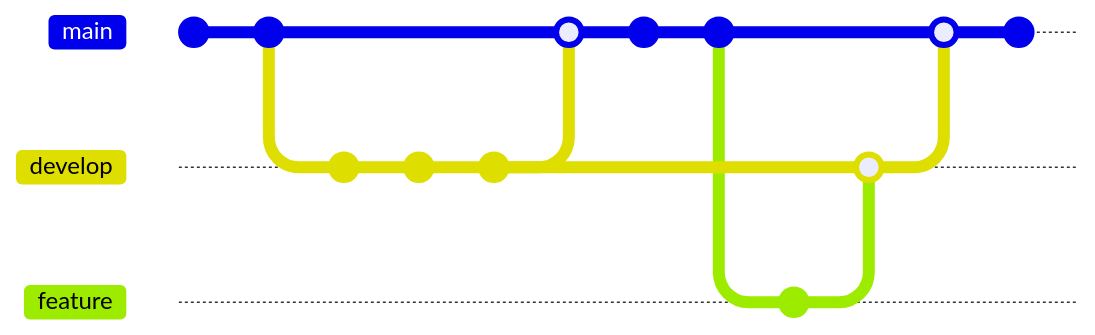
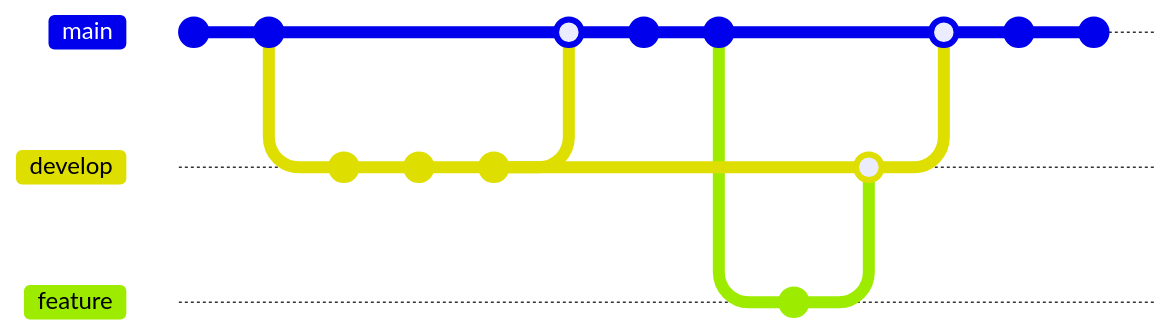
One commit to Panyapron/git-demo changed the diagram in GIT.md. Above: the diagram before and after it, drawn with Mermaid. Commit ids are hidden.

Commit message:
add(cherry)

````diff
--- a/GIT.md
+++ b/GIT.md
@@ -2,20 +2,21 @@
 ```mermaid
     gitGraph
        commit id: "init"
        commit
        branch develop
        commit
        commit
        commit
        checkout main
        merge develop
        commit
        commit
        branch feature
        commit
        checkout develop
        merge feature
        checkout main
        merge develop
        commit id: "merge"
+       commit id: "cherry"
 ```
````
